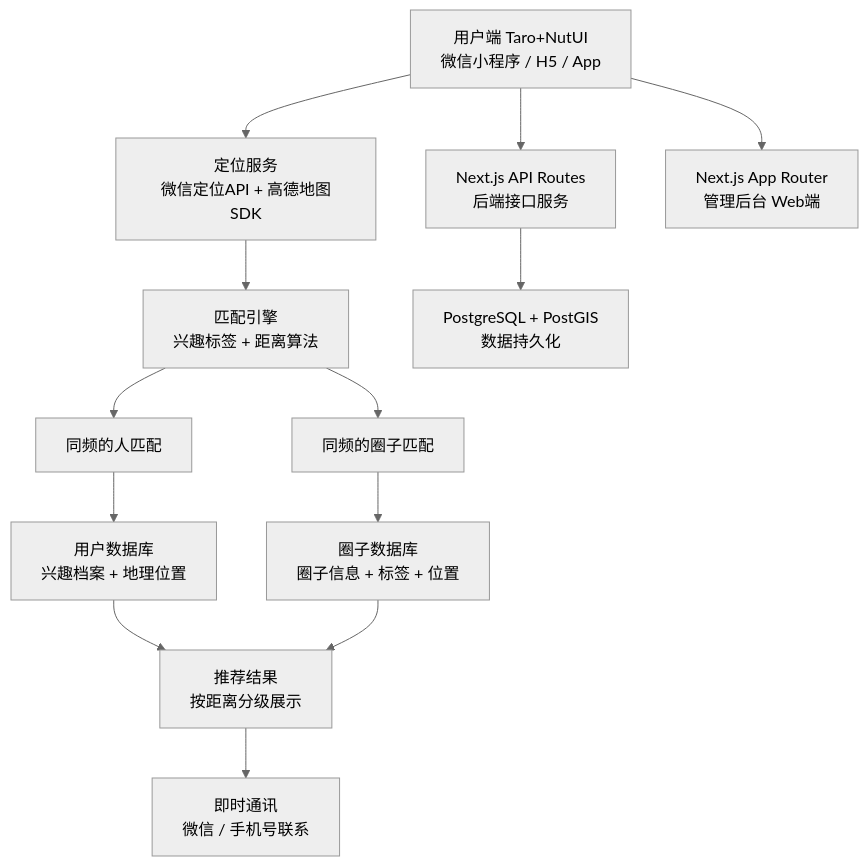
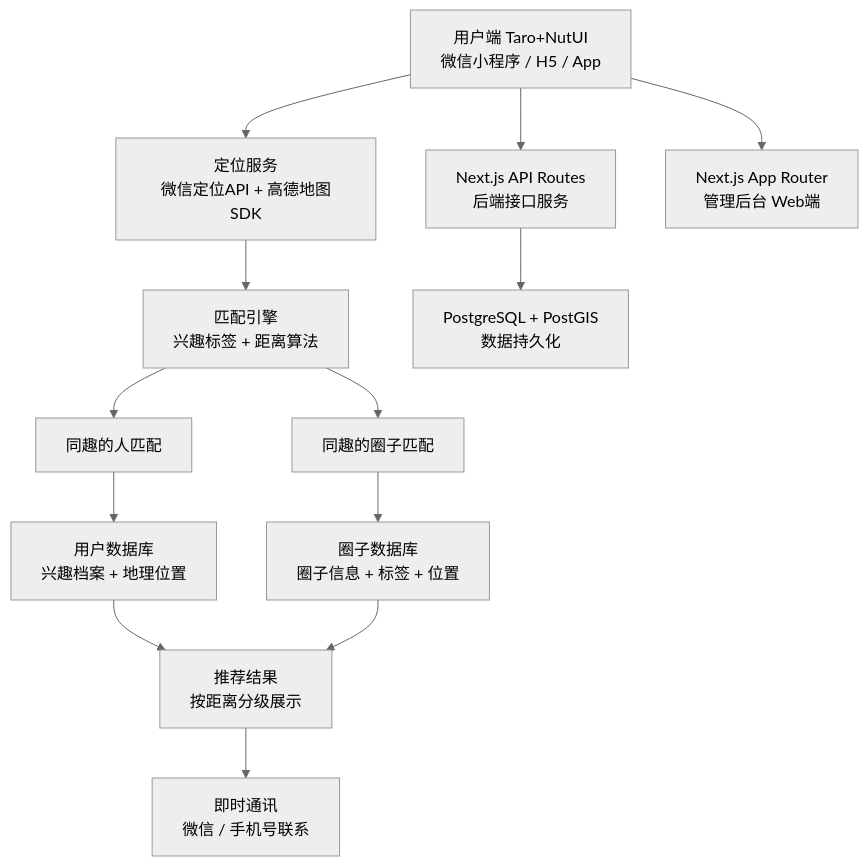
Before and after one commit to shine-apps/frenquency_circle: the fourth of 11 diagrams in docs/functional-design.md, drawn with Mermaid (neutral theme). The commit also changed other lines of this file and 29 other files, not shown here.

````diff
--- a/docs/functional-design.md
+++ b/docs/functional-design.md
@@ -592,15 +592,15 @@
 ```mermaid
 flowchart TD
     A[用户端 Taro+NutUI\n微信小程序 / H5 / App] --> B[定位服务\n微信定位API + 高德地图SDK]
     B --> C[匹配引擎\n兴趣标签 + 距离算法]
-    C --> D[同频的人匹配]
-    C --> E[同频的圈子匹配]
+    C --> D[同趣的人匹配]
+    C --> E[同趣的圈子匹配]
     D --> F[用户数据库\n兴趣档案 + 地理位置]
     E --> G[圈子数据库\n圈子信息 + 标签 + 位置]
     F --> H[推荐结果\n按距离分级展示]
     G --> H
     H --> I[即时通讯\n微信 / 手机号联系]
     A --> J[Next.js API Routes\n后端接口服务]
     J --> K[PostgreSQL + PostGIS\n数据持久化]
     A --> L[Next.js App Router\n管理后台 Web端]
 ```
````
